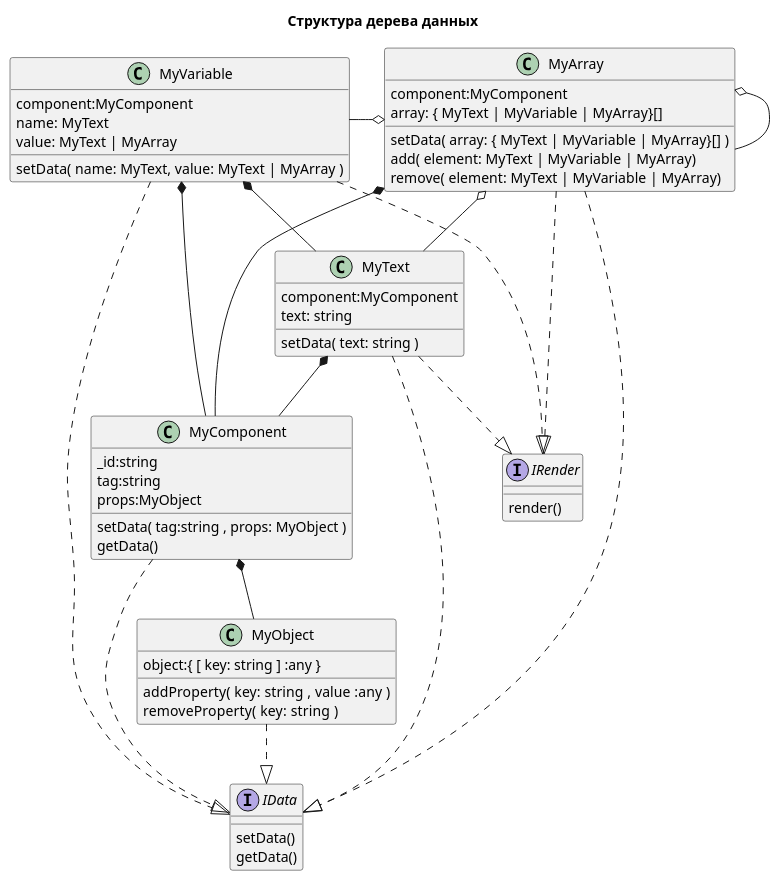
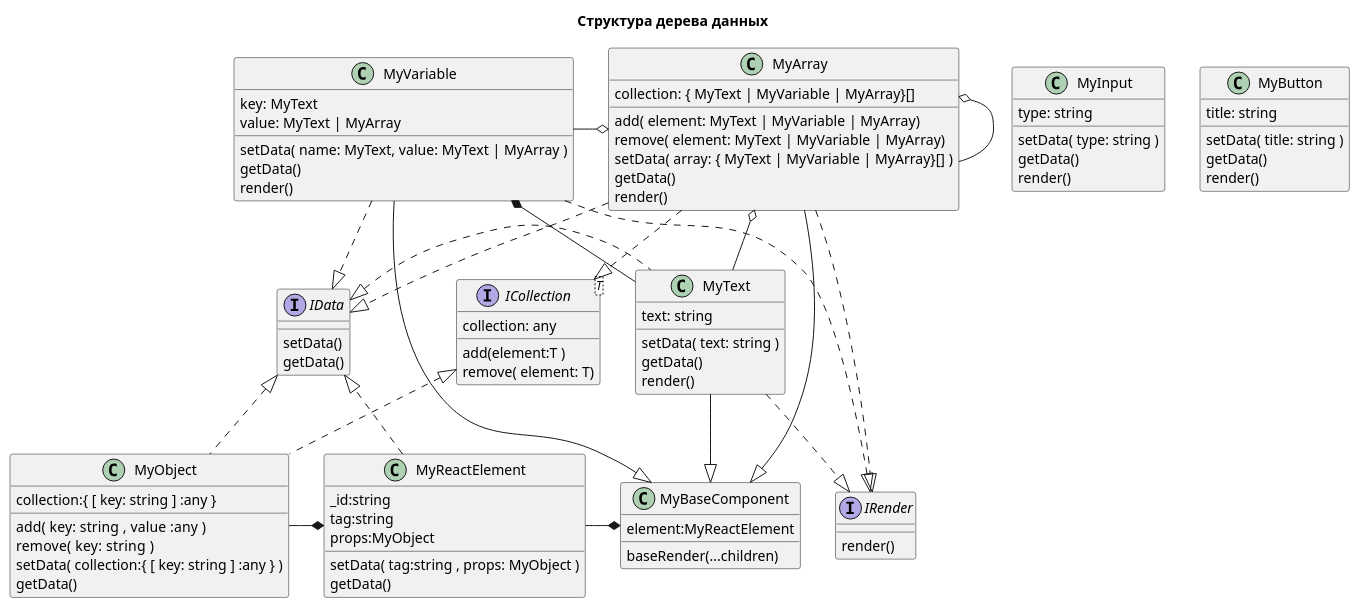
One commit to NikolayDemchenko/ReactTest changed the diagram in client/src/Types/Structure/NewStructure/structure.puml. Above: the diagram before and after it, drawn with PlantUML. The commit also changed 18 other files, not shown here.

```diff
--- a/client/src/Types/Structure/NewStructure/structure.puml
+++ b/client/src/Types/Structure/NewStructure/structure.puml
@@ -1,72 +1,105 @@
 @startuml
 title Структура дерева данных
 
 
+interface "ICollection<T>" as ICollection {    
+collection: any
+add(element:T )
+remove( element: T)
+}
 interface "IData" as IData{    
     setData() 
     getData()
 }
 interface "IRender" as IRender{ 
     render()  
 }
 
-' Компонент
-class "MyComponent" as MyComponent{
+' Базовый компонент
+class "MyBaseComponent" as MyBaseComponent{
+    element:MyReactElement
+    baseRender(...children)
+    
+}
+MyBaseComponent *-l- MyReactElement
+' Элемент
+class "MyReactElement" as MyReactElement{
     _id:string
     tag:string
     props:MyObject  
     setData( tag:string , props: MyObject )
     getData()
     
 }
-MyComponent *-- MyObject
-MyComponent ..|> IData
+MyReactElement *-l- MyObject
+MyReactElement .r.|> IData
 
 
 ' Объект
 class "MyObject" as MyObject{
 
-    object:{ [ key: string ] :any }
-    addProperty(  key: string , value :any )
-    removeProperty(  key: string )    
+    collection:{ [ key: string ] :any }
+    add(  key: string , value :any )
+    remove(  key: string )   
+    setData( collection:{ [ key: string ] :any } )
+    getData() 
 }
-MyObject ..|> IData
+MyObject .l.|> IData
+MyObject .u.|> ICollection
 
-' Текст
-class "MyText" as MyText{
-    component:MyComponent
+' Инпут
+class "MyInput" as MyInput{  
+    type: string
+    setData( type: string )
+    getData()
+    render()
+}
+' Кнопка
+class "MyButton" as MyButton{  
+    title: string
+    setData( title: string )
+    getData()
+    render()
+}
+class "MyText" as MyText{  
     text: string
     setData( text: string )
+    getData()
+    render()
 }
-MyText ..|> IData
+MyText .l.|> IData
 MyText ..|> IRender
-MyText *-- MyComponent
+MyText --|> MyBaseComponent
 
 ' Переменная
-class "MyVariable" as MyVariable{
-    component:MyComponent
-    name: MyText
+class "MyVariable" as MyVariable{   
+    key: MyText
     value: MyText | MyArray
     setData( name: MyText, value: MyText | MyArray )
+    getData()
+    render()
 }
 MyVariable *-- MyText
 MyVariable ..|> IData
 MyVariable ..|> IRender
-MyVariable *-- MyComponent
+MyVariable --|> MyBaseComponent
+
 
 ' Массив
 class "MyArray" as MyArray{
-    component:MyComponent
-array: { MyText | MyVariable | MyArray}[]
-setData( array: { MyText | MyVariable | MyArray}[] )
+collection: { MyText | MyVariable | MyArray}[]
 add( element: MyText | MyVariable | MyArray)
 remove( element: MyText | MyVariable | MyArray)
+setData( array: { MyText | MyVariable | MyArray}[] )
+getData()
+render()
 }
+MyArray ..|> ICollection
 MyArray ..|> IData
 MyArray ..|> IRender
 MyArray o-- MyArray
 MyArray o-l- MyVariable
 MyArray o-- MyText
-MyArray *-- MyComponent
+MyArray --|> MyBaseComponent
 
 @enduml
```
